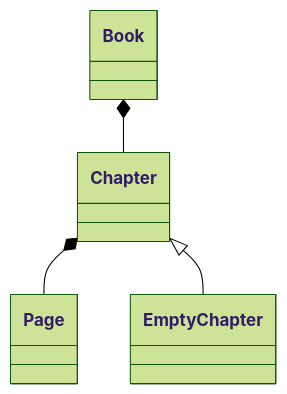
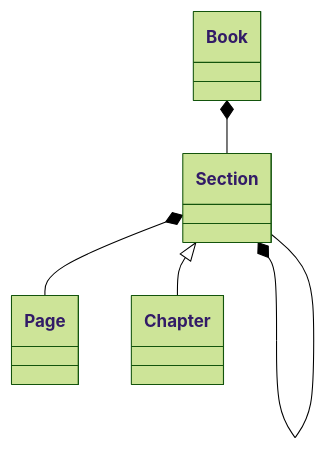
The fifth of 5 diagrams in articles/asuka-cs-1-2-instance-not-mono.md (kmycode/zenn-articles), drawn with Mermaid (forest theme) before and after one commit. The commit also changed other lines of this file and 2 other files, not shown here.

Commit message:
インスタンスは「もの」ではない、の注釈を修正

````diff
--- a/articles/asuka-cs-1-2-instance-not-mono.md
+++ b/articles/asuka-cs-1-2-instance-not-mono.md
@@ -303,6 +304,7 @@
 ```mermaid
 classDiagram
-  Book *-- Chapter
-  Chapter *-- Page
-  Chapter <|-- EmptyChapter
+  Book *-- Section
+  Section *-- Page
+  Section *-- Section
+  Section <|-- Chapter
 ```
````
